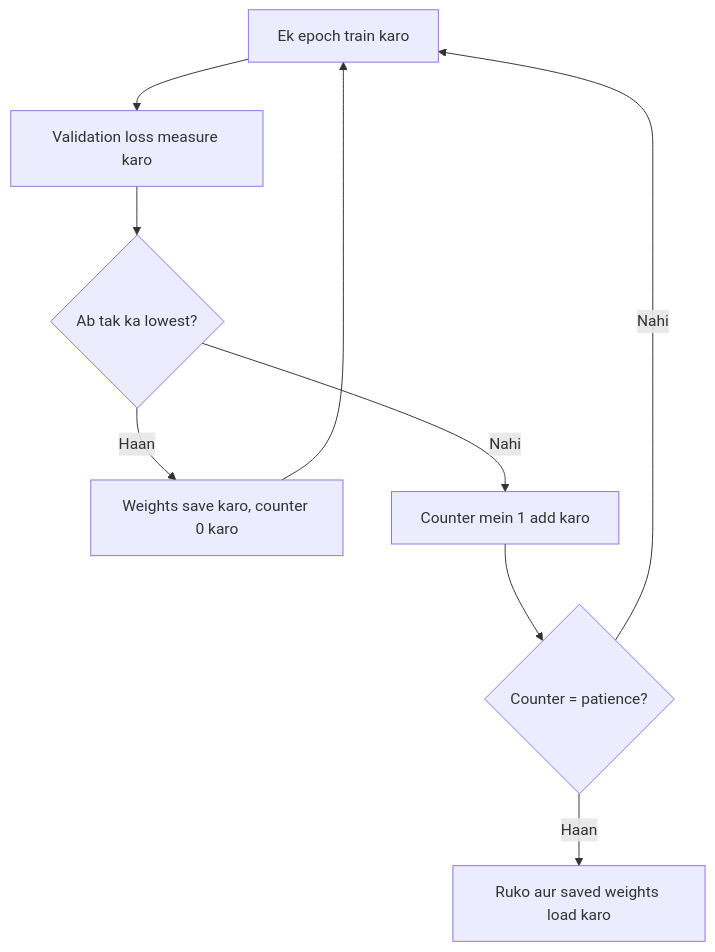
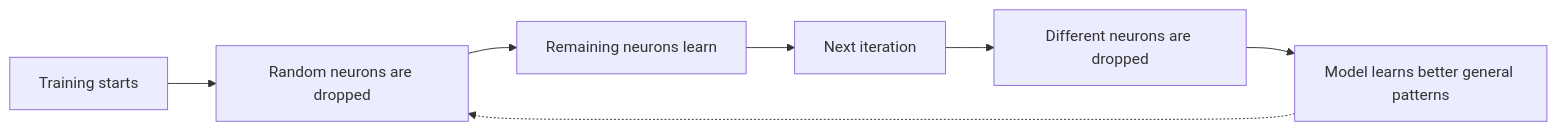
One commit to TrendySloth1001/sem-seven-notes changed the fourth of 7 diagrams in content/deep-learning/notes/regularization.hi.mdx. Above: the diagram before and after it, drawn with Mermaid. The commit also changed other lines of this file and 254 other files, not shown here.

````diff
--- a/content/deep-learning/notes/regularization.hi.mdx
+++ b/content/deep-learning/notes/regularization.hi.mdx
@@ -328,12 +562,10 @@
 ```mermaid
-%% caption: Early-stopping loop. Training tabhi tak chalti hai jab tak validation loss naye lows pe pahunchta rahe.
-flowchart TD
-  A["Ek epoch train karo"] --> B["Validation loss measure karo"]
-  B --> C{"Ab tak ka lowest?"}
-  C -- "Haan" --> D["Weights save karo, counter 0 karo"]
-  D --> A
-  C -- "Nahi" --> E["Counter mein 1 add karo"]
-  E --> F{"Counter = patience?"}
-  F -- "Nahi" --> A
-  F -- "Haan" --> G["Ruko aur saved weights load karo"]
+%% caption: Teacher ke main-idea diagram se dropout training loop. Har iteration mein neurons ka alag set drop hota hai.
+flowchart LR
+  A["Training starts"] --> B["Random neurons are dropped"]
+  B --> C["Remaining neurons learn"]
+  C --> D["Next iteration"]
+  D --> E["Different neurons are dropped"]
+  E --> F["Model learns better general patterns"]
+  F -.-> B
 ```
````
